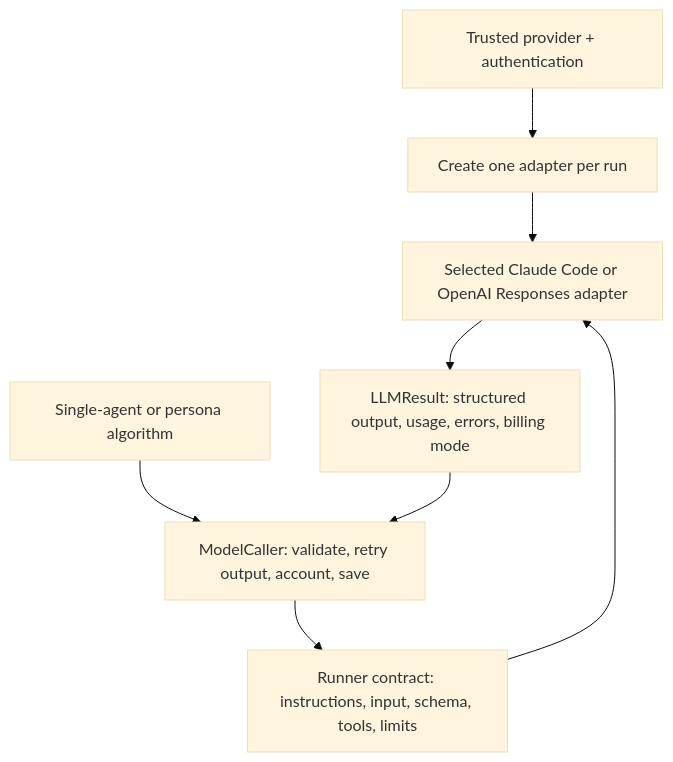
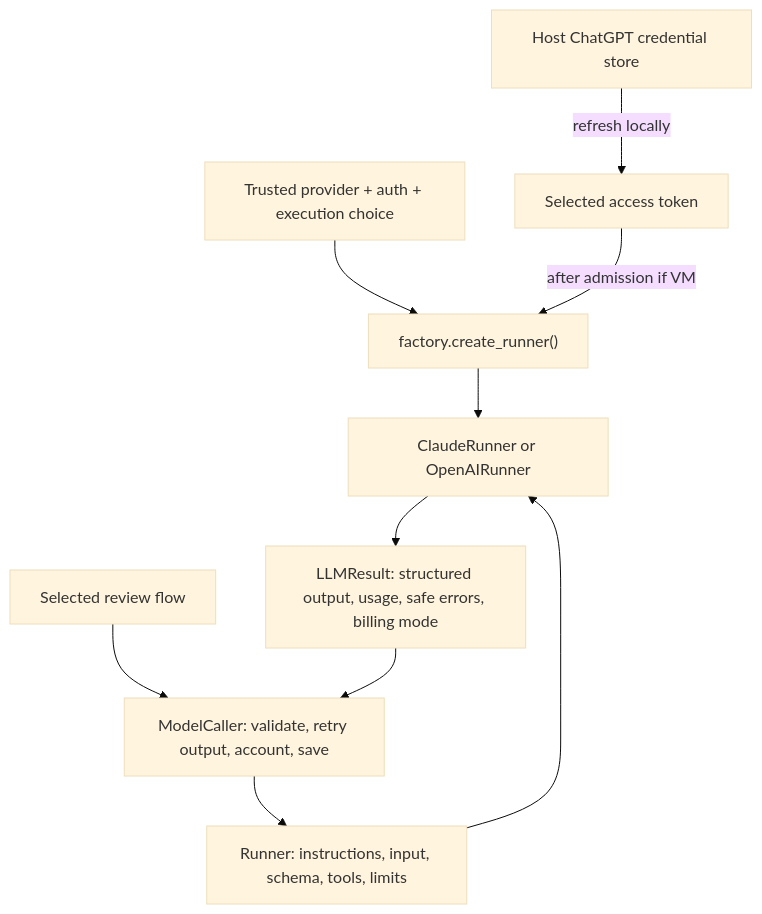
Before and after one commit to sskelkar/code-reviewer: the diagram in docs/llm.md, drawn with Mermaid (base theme). The commit also changed other lines of this file and 56 other files, not shown here.

Commit message:
Add ChatGPT subscription reviews and harden runtime handling

````diff
--- a/docs/llm.md
+++ b/docs/llm.md
@@ -18,10 +18,12 @@
 ```mermaid
 flowchart TD
-    CHOICE["Trusted provider + authentication"] --> FACTORY["Create one adapter per run"]
-    FACTORY --> ADAPTER["Selected Claude Code or OpenAI Responses adapter"]
-    FLOW["Single-agent or persona algorithm"] --> CALLER["ModelCaller: validate, retry output, account, save"]
-    CALLER --> RUNNER["Runner contract: instructions, input, schema, tools, limits"]
+    CHOICE["Trusted provider + auth + execution choice"] --> FACTORY["factory.create_runner()"]
+    HOST["Host ChatGPT credential store"] -->|refresh locally| TOKEN["Selected access token"]
+    TOKEN -->|after admission if VM| FACTORY
+    FACTORY --> ADAPTER["ClaudeRunner or OpenAIRunner"]
+    FLOW["Selected review flow"] --> CALLER["ModelCaller: validate, retry output, account, save"]
+    CALLER --> RUNNER["Runner: instructions, input, schema, tools, limits"]
     RUNNER --> ADAPTER
-    ADAPTER --> RESULT["LLMResult: structured output, usage, errors, billing mode"]
+    ADAPTER --> RESULT["LLMResult: structured output, usage, safe errors, billing mode"]
     RESULT --> CALLER
 ```
````
